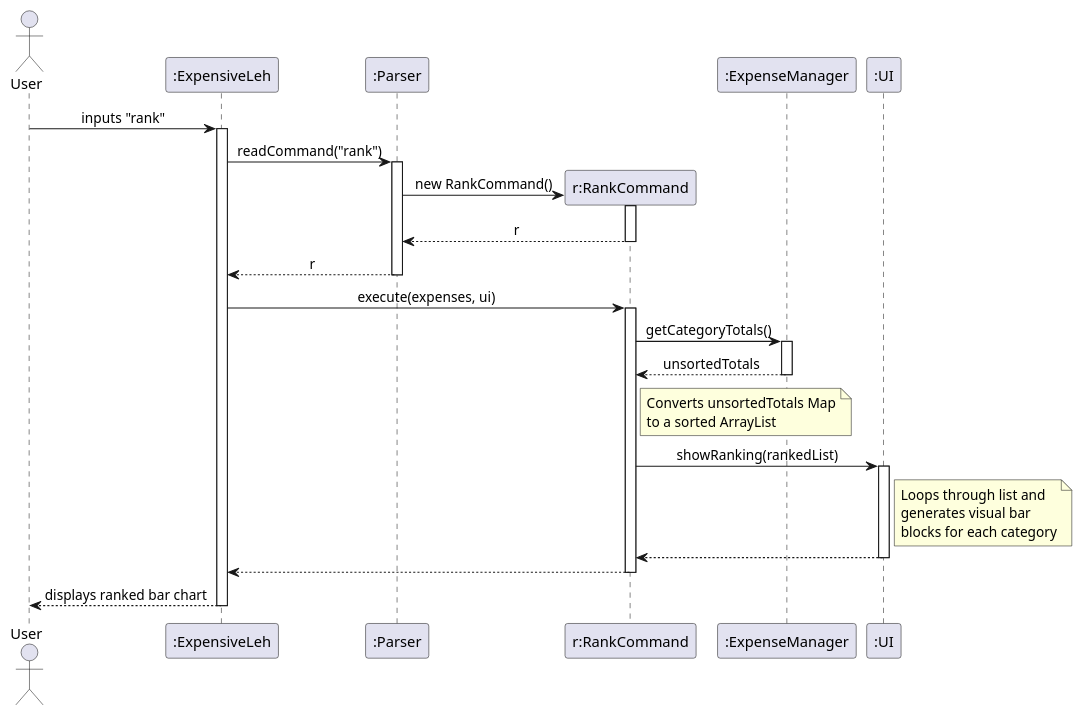
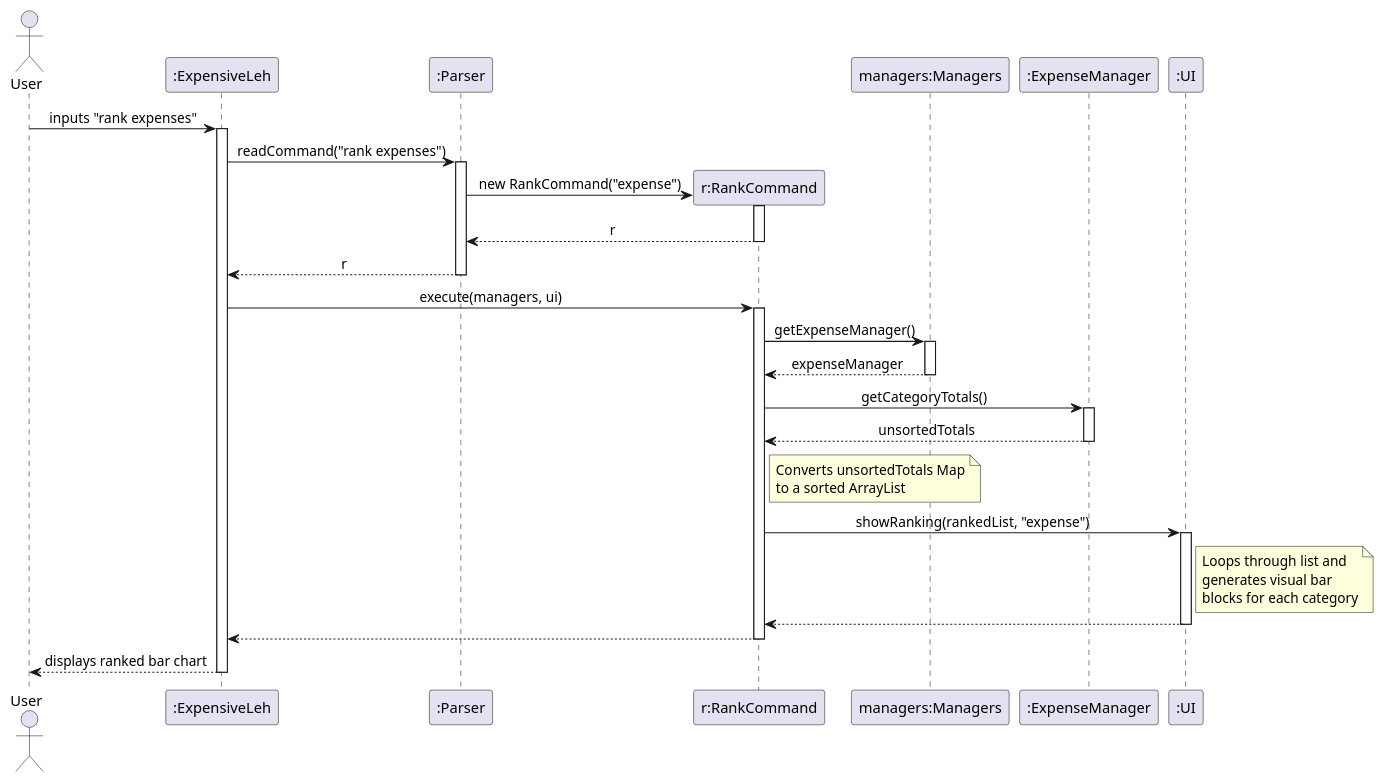
One commit to ZhangYize2003/tp changed the diagram in docs/Diagrams/RankCommandDiagram.puml. Above: the diagram before and after it, drawn with PlantUML. The commit also changed 3 other files, not shown here.

Commit message:
Documented RankCommand feature and UI startup feature under Implementations in Developer Guide. Updated RankCommand.puml

```diff
--- a/docs/Diagrams/RankCommandDiagram.puml
+++ b/docs/Diagrams/RankCommandDiagram.puml
@@ -1,57 +1,62 @@
 @startuml
-
 skinparam SequenceMessageAlignment center
 
 actor User
 participant ":ExpensiveLeh" as Main
 participant ":Parser" as Parser
 participant "r:RankCommand" as RankCommand
+participant "managers:Managers" as Managers
 participant ":ExpenseManager" as ExpenseManager
 participant ":UI" as UI
 
-User -> Main : inputs "rank"
+User -> Main : inputs "rank expenses"
 activate Main
 
-Main -> Parser : readCommand("rank")
+Main -> Parser : readCommand("rank expenses")
 activate Parser
 
 create RankCommand
-Parser -> RankCommand : new RankCommand()
+Parser -> RankCommand : new RankCommand("expense")
 activate RankCommand
 RankCommand --> Parser : r
 deactivate RankCommand
 
 Parser --> Main : r
 deactivate Parser
 
-Main -> RankCommand : execute(expenses, ui)
+Main -> RankCommand : execute(managers, ui)
 activate RankCommand
+
+RankCommand -> Managers : getExpenseManager()
+activate Managers
+Managers --> RankCommand : expenseManager
+deactivate Managers
 
 RankCommand -> ExpenseManager : getCategoryTotals()
 activate ExpenseManager
 ExpenseManager --> RankCommand : unsortedTotals
 deactivate ExpenseManager
 
 note right of RankCommand
   Converts unsortedTotals Map
   to a sorted ArrayList
 end note
 
-RankCommand -> UI : showRanking(rankedList)
+RankCommand -> UI : showRanking(rankedList, "expense")
 activate UI
 
 note right of UI
   Loops through list and
   generates visual bar
   blocks for each category
 end note
 
 UI --> RankCommand
 deactivate UI
 
 RankCommand --> Main
 deactivate RankCommand
 
 Main --> User : displays ranked bar chart
 deactivate Main
 @enduml
```
